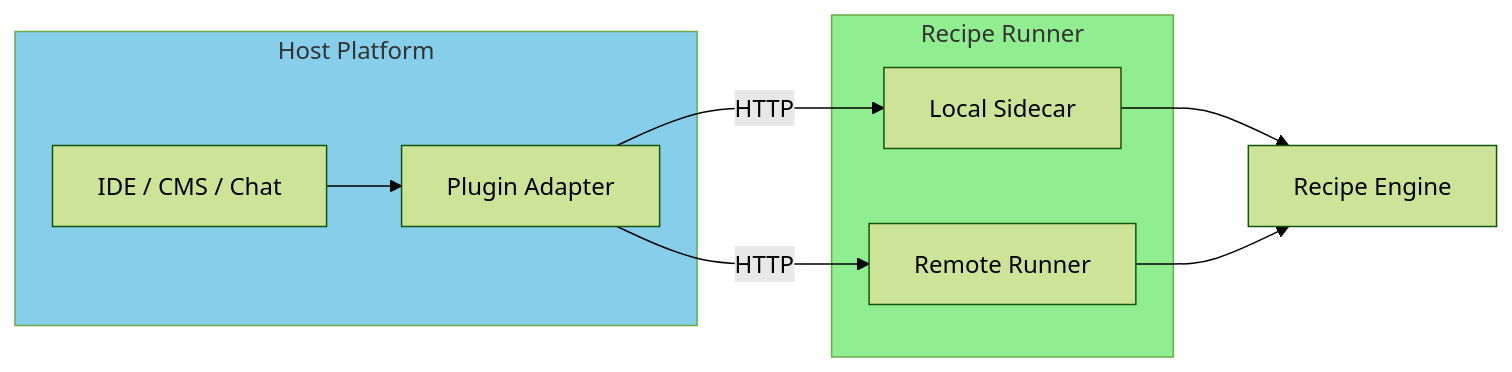
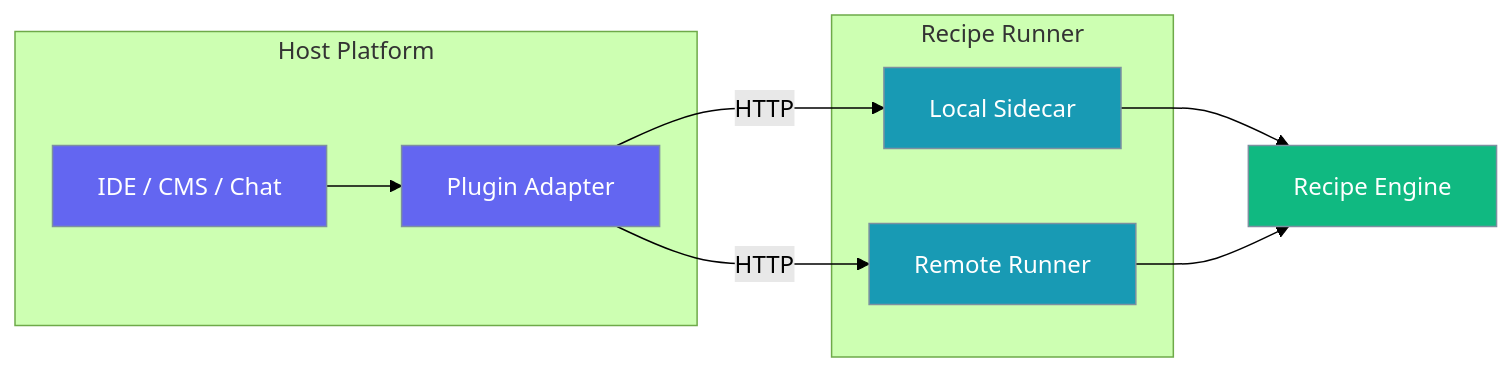
Before and after one commit to MervinPraison/PraisonAIDocs: the third of 3 diagrams in docs/guides/recipes/integration-models/plugin-mode.mdx, drawn with Mermaid (forest theme). The commit also changed other lines of this file and 8 other files, not shown here.

````diff
--- a/docs/guides/recipes/integration-models/plugin-mode.mdx
+++ b/docs/guides/recipes/integration-models/plugin-mode.mdx
@@ -37,19 +55,21 @@
 ```mermaid
 flowchart LR
     subgraph Platform["Host Platform"]
         A[IDE / CMS / Chat] --> B[Plugin Adapter]
     end
-    
+
     subgraph Runner["Recipe Runner"]
         B -->|HTTP| C[Local Sidecar]
         B -->|HTTP| D[Remote Runner]
     end
-    
+
     C --> E[Recipe Engine]
     D --> E
-    
-    style Platform fill:#87CEEB
-    style Runner fill:#90EE90
-    classDef agent fill:#8B0000,color:#fff
-    classDef tool fill:#189AB4,color:#fff
+
+    classDef host fill:#6366F1,stroke:#7C90A0,color:#fff
+    classDef proc fill:#189AB4,stroke:#7C90A0,color:#fff
+    classDef out fill:#10B981,stroke:#7C90A0,color:#fff
+    class A,B host
+    class C,D proc
+    class E out
 ```
````
